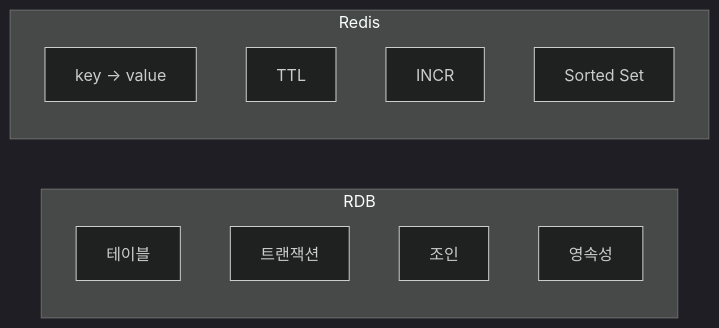
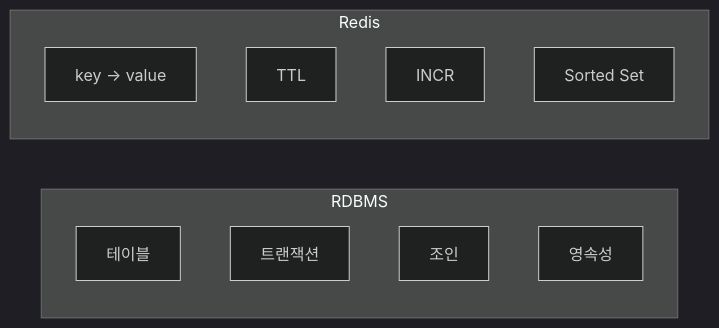
One commit to KROOKIMWOOBIN/study changed the fourth of 4 diagrams in docs/backend/infra/redis/redis란.md. Above: the diagram before and after it, drawn with Mermaid (dark theme). The commit also changed other lines of this file and 8 other files, not shown here.

````diff
--- a/docs/backend/infra/redis/redis란.md
+++ b/docs/backend/infra/redis/redis란.md
@@ -117,16 +117,16 @@
 ```mermaid
 flowchart LR
-    subgraph RDB[RDB]
+    subgraph RDBMS[RDBMS]
         T1[테이블]
         T2[트랜잭션]
         T3[조인]
         T4[영속성]
     end
 
     subgraph REDIS[Redis]
         K1[key -> value]
         K2[TTL]
         K3[INCR]
         K4[Sorted Set]
     end
 ```
````
